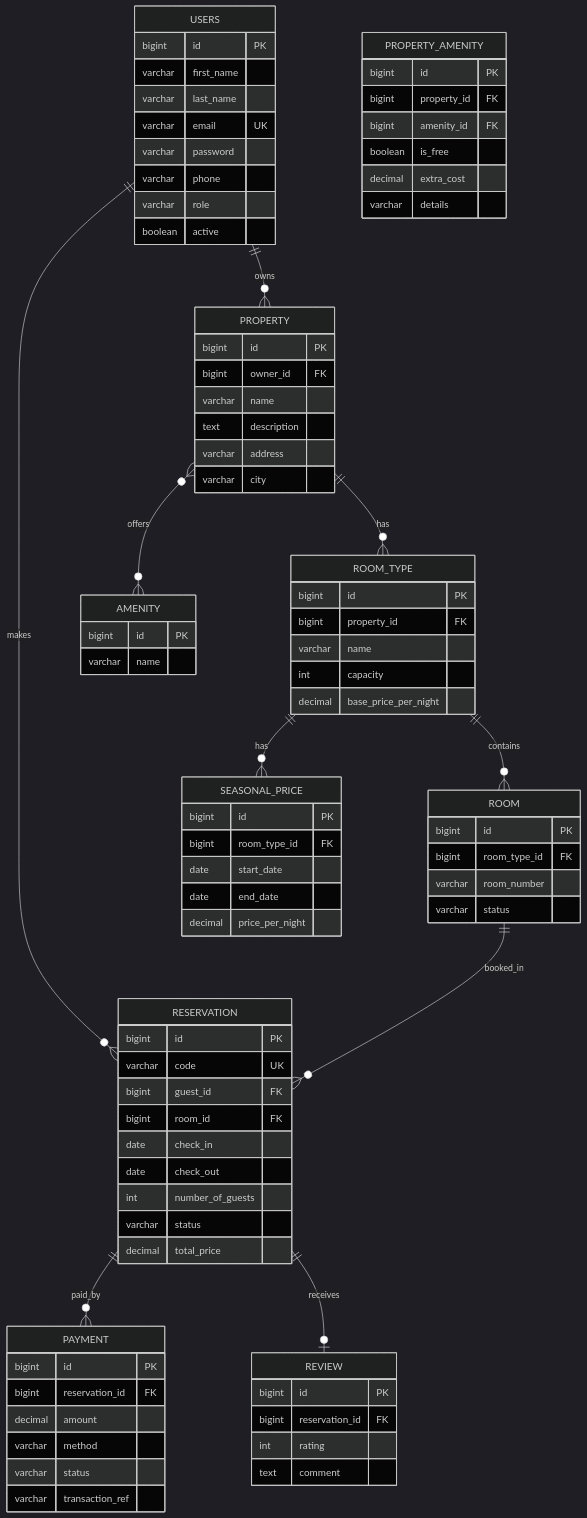
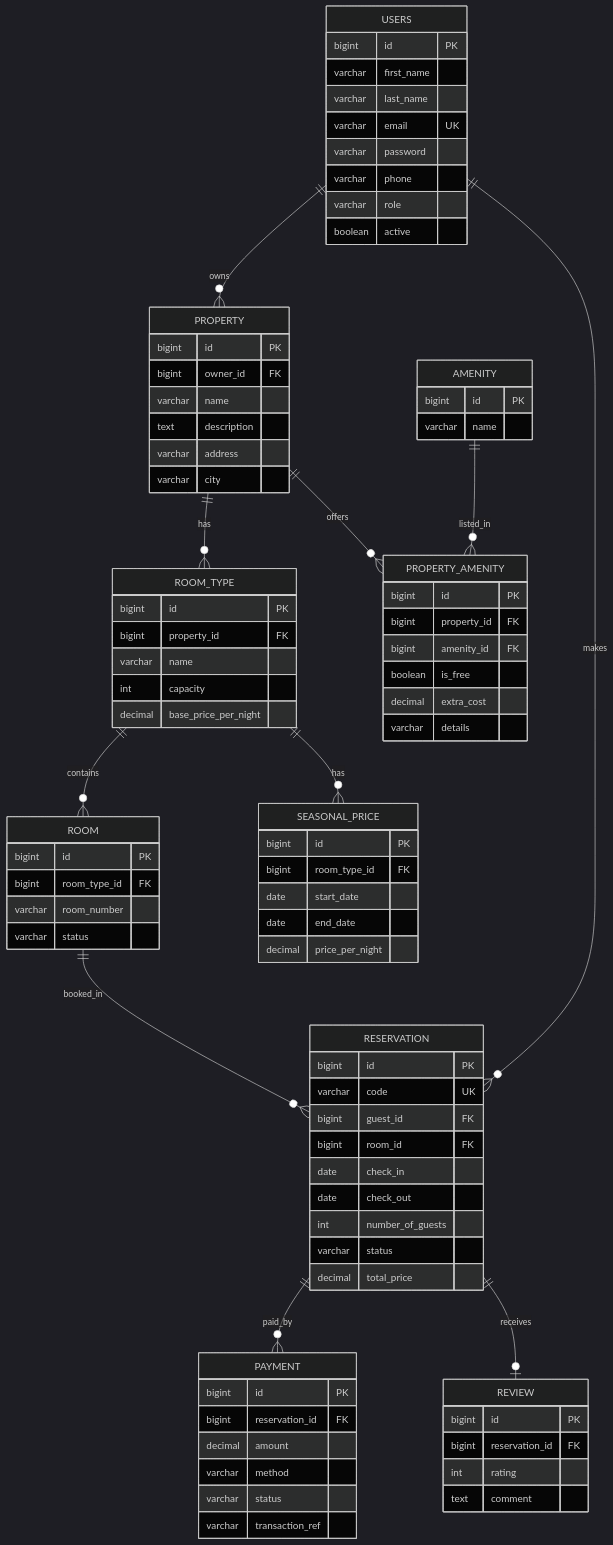
The diagram in README.md (ggarcia0zzz/stayroute), drawn with Mermaid (dark theme) before and after one commit. The commit also changed other lines of this file, not shown here.

Commit message:
Diagram changes

```diff
--- a/README.md
+++ b/README.md
@@ -51,7 +51,8 @@
     USERS ||--o{ PROPERTY : owns
     USERS ||--o{ RESERVATION : makes
     PROPERTY ||--o{ ROOM_TYPE : has
-    PROPERTY }o--o{ AMENITY : offers
+    PROPERTY ||--o{ PROPERTY_AMENITY : offers
+    AMENITY ||--o{ PROPERTY_AMENITY : listed_in
     ROOM_TYPE ||--o{ ROOM : contains
     ROOM_TYPE ||--o{ SEASONAL_PRICE : has
     ROOM ||--o{ RESERVATION : booked_in
@@ -80,13 +81,13 @@
         bigint id PK
         varchar name
     }
-    PROPERTY_AMENITY{         
-        bigint id PK         
-        bigint property_id FK         
-        bigint amenity_id FK         
-        boolean is_free         
-        decimal extra_cost         
-        varchar details     
+    PROPERTY_AMENITY {
+        bigint id PK
+        bigint property_id FK
+        bigint amenity_id FK
+        boolean is_free
+        decimal extra_cost
+        varchar details
     }
     ROOM_TYPE {
         bigint id PK
```
